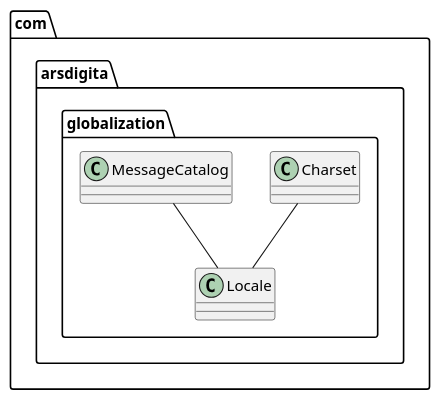
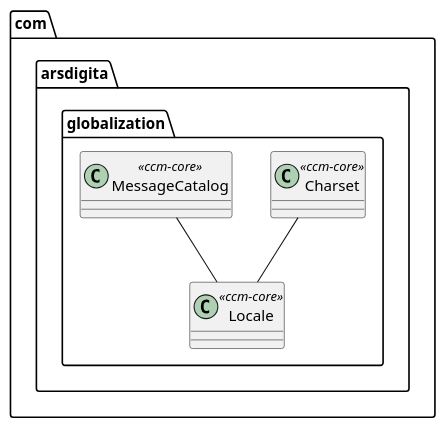
The diagram in doc/ccm-core/com.arsdigita.globalization.iuml (libreccm/ccm), drawn with PlantUML before and after one commit. The commit also changed 22 other files, not shown here.

Commit message:
Spliting the large UML diagram into smaller parts

```diff
--- a/doc/ccm-core/com.arsdigita.globalization.iuml
+++ b/doc/ccm-core/com.arsdigita.globalization.iuml
@@ -1,9 +1,9 @@
 namespace com.arsdigita.globalization {
     
-    class Charset
-    class Locale
-    class MessageCatalog
+    class Charset <<ccm-core>>
+    class Locale <<ccm-core>>
+    class MessageCatalog <<ccm-core>>
 
     Charset -- Locale
     MessageCatalog -- Locale
 }
```
